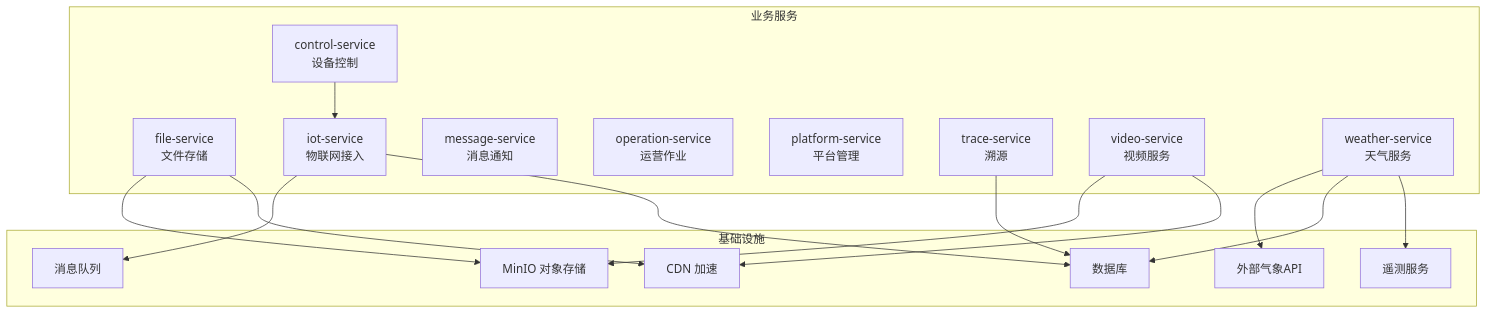
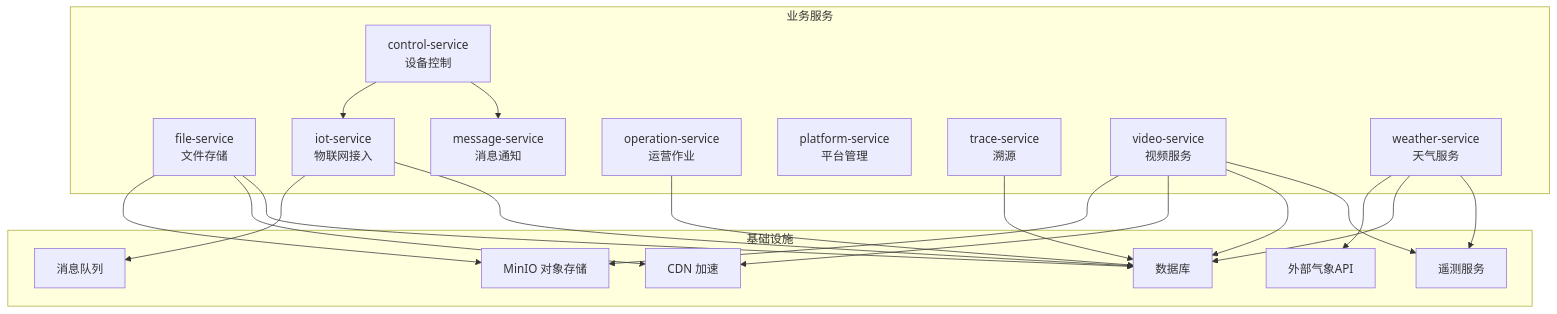
The first of 28 diagrams in .qoder/repowiki/zh/content/核心服务文档/其他业务服务.md (q446328246/agri-platform), drawn with Mermaid before and after one commit. The commit also changed other lines of this file and 52 other files, not shown here.

````diff
--- a/.qoder/repowiki/zh/content/核心服务文档/其他业务服务.md
+++ b/.qoder/repowiki/zh/content/核心服务文档/其他业务服务.md
@@ -55,33 +76,38 @@
 ```mermaid
 graph TB
 subgraph "业务服务"
 CS["control-service<br/>设备控制"]
 FS["file-service<br/>文件存储"]
 IoT["iot-service<br/>物联网接入"]
 MS["message-service<br/>消息通知"]
 OPS["operation-service<br/>运营作业"]
 PLAT["platform-service<br/>平台管理"]
 TRC["trace-service<br/>溯源"]
 VID["video-service<br/>视频服务"]
 WTH["weather-service<br/>天气服务"]
 end
 subgraph "基础设施"
 MINIO["MinIO 对象存储"]
 DB["数据库"]
 MQ["消息队列"]
 CDN["CDN 加速"]
 EXT["外部气象API"]
 TELEMETRY["遥测服务"]
 end
 CS --> IoT
+CS --> MS
 FS --> MINIO
 FS --> CDN
+FS --> DB
 IoT --> MQ
 IoT --> DB
 TRC --> DB
 VID --> MINIO
 VID --> CDN
+VID --> DB
+VID --> TELEMETRY
 WTH --> EXT
 WTH --> DB
 WTH --> TELEMETRY
+OPS --> DB
 ```
````
